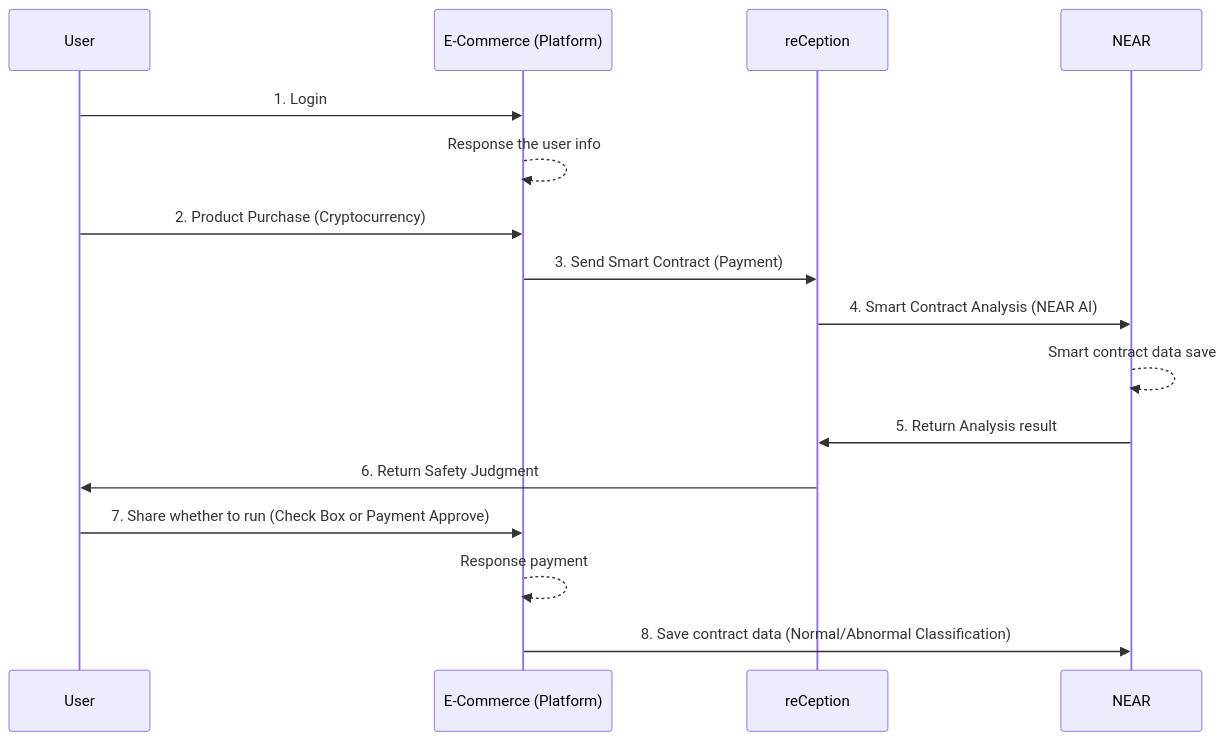
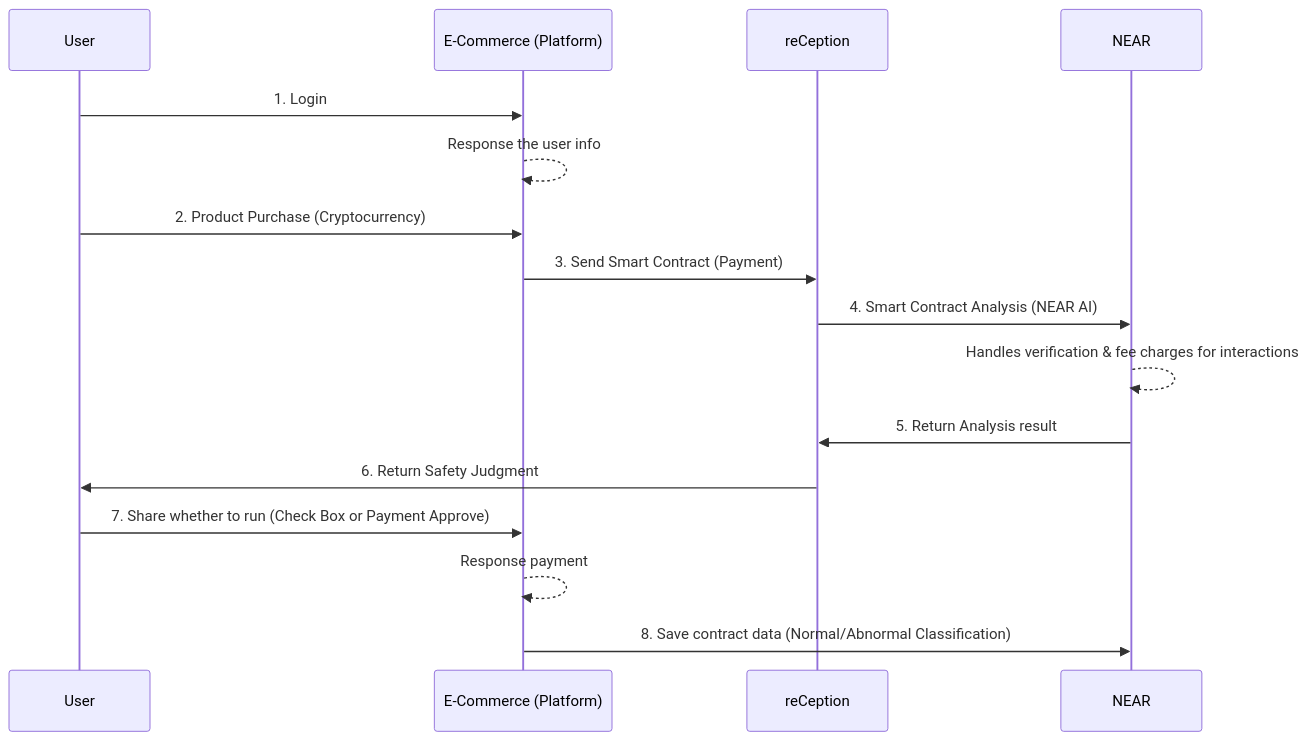
The first of 2 diagrams in README.md (Julius-Ky/reCeption), drawn with Mermaid before and after one commit.

````diff
--- a/README.md
+++ b/README.md
@@ -42,19 +42,19 @@
 ```mermaid
 sequenceDiagram
 participant User
 participant E-Commerce as E-Commerce (Platform)
 participant reCeption
 participant NEAR
 
 User ->> E-Commerce: 1. Login
 E-Commerce -->> E-Commerce: Response the user info
 User ->> E-Commerce: 2. Product Purchase (Cryptocurrency)
 E-Commerce ->> reCeption: 3. Send Smart Contract (Payment)
 reCeption ->> NEAR: 4. Smart Contract Analysis (NEAR AI)
-NEAR -->> NEAR: Smart contract data save
+NEAR -->> NEAR: Handles verification & fee charges for interactions
 NEAR ->> reCeption: 5. Return Analysis result
 reCeption ->> User: 6. Return Safety Judgment
 User ->> E-Commerce: 7. Share whether to run (Check Box or Payment Approve)
 E-Commerce -->> E-Commerce: Response payment
 E-Commerce ->> NEAR: 8. Save contract data (Normal/Abnormal Classification)
 ```
````
